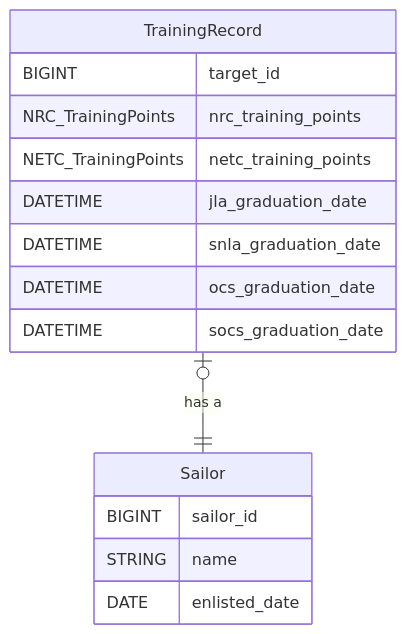
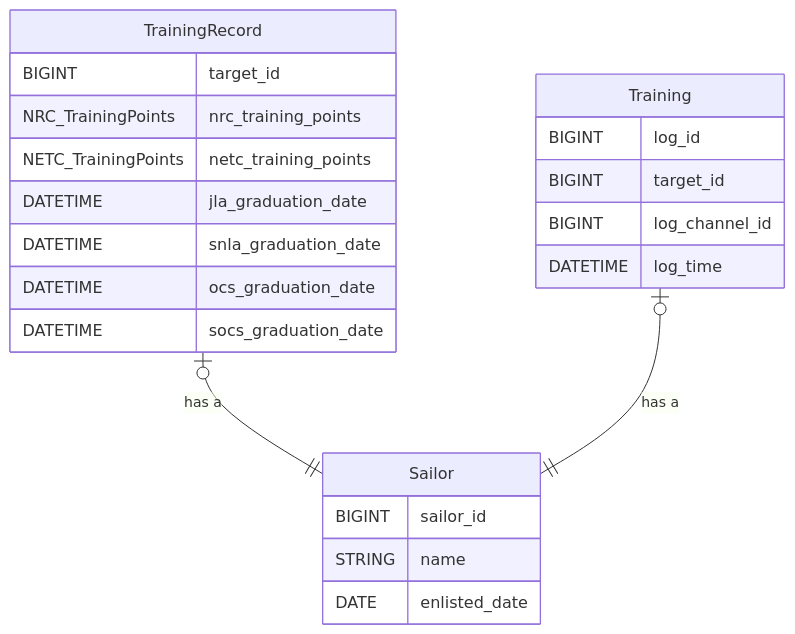
One commit to USNofSOT/Paul changed the first of 3 diagrams in docs/training.md. Above: the diagram before and after it, drawn with Mermaid. The commit also changed other lines of this file, not shown here.

Commit message:
docs: add 2nd table documentation

````diff
--- a/docs/training.md
+++ b/docs/training.md
@@ -51,20 +59,29 @@
 ```mermaid
 erDiagram
     TrainingRecord {
         BIGINT target_id
         NRC_TrainingPoints nrc_training_points
         NETC_TrainingPoints netc_training_points
         DATETIME jla_graduation_date
         DATETIME snla_graduation_date
         DATETIME ocs_graduation_date
         DATETIME socs_graduation_date
     }
+    
+    Training {
+        BIGINT log_id
+        BIGINT target_id
+        BIGINT log_channel_id
+        DATETIME log_time
+    }
+    
 
     Sailor {
         BIGINT sailor_id
         STRING name
         DATE enlisted_date
     }
     
     TrainingRecord o|--|| Sailor : "has a"
+    Training o|--|| Sailor : "has a"
 ```
````
